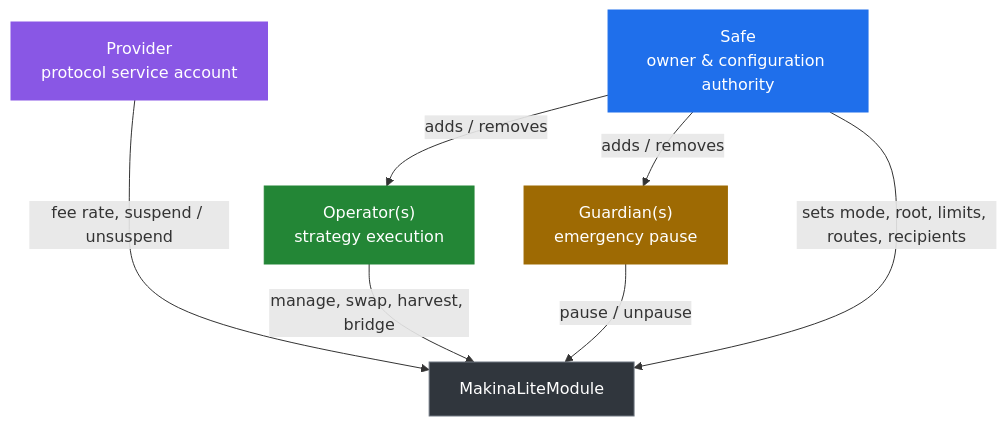
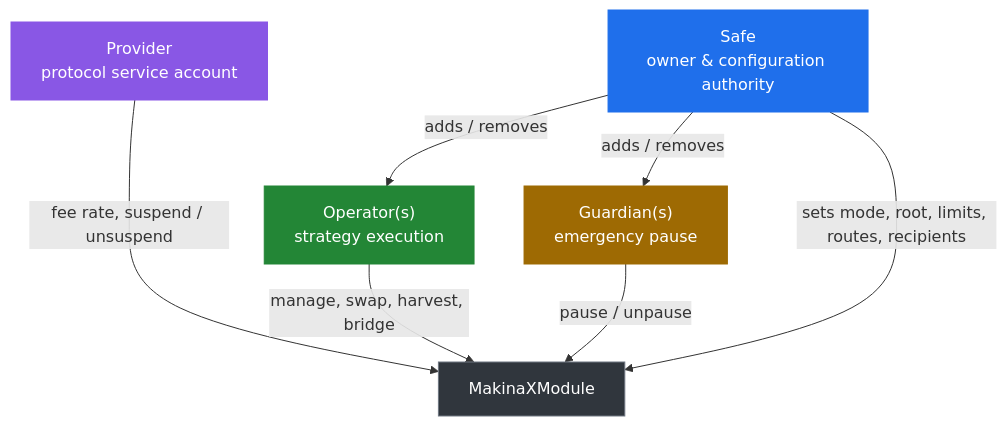
One commit to MakinaHQ/x-docs changed the diagram in src/pages/concepts/permissions-and-governance.md. Above: the diagram before and after it, drawn with Mermaid. The commit also changed other lines of this file and 57 other files, not shown here.

````diff
--- a/src/pages/concepts/permissions-and-governance.md
+++ b/src/pages/concepts/permissions-and-governance.md
@@ -14,22 +14,22 @@
 ```mermaid
 flowchart TB
     Provider["Provider<br/>protocol service account"]:::prov
     Safe["Safe<br/>owner &amp; configuration authority"]:::safe
     Operator["Operator(s)<br/>strategy execution"]:::op
     Guardian["Guardian(s)<br/>emergency pause"]:::guard
 
-    Provider -- "fee rate, suspend / unsuspend" --> Module["MakinaLiteModule"]:::core
+    Provider -- "fee rate, suspend / unsuspend" --> Module["MakinaXModule"]:::core
     Safe -- "adds / removes" --> Operator
     Safe -- "adds / removes" --> Guardian
     Safe -- "sets mode, root, limits, routes, recipients" --> Module
     Operator -- "manage, swap, harvest, bridge" --> Module
     Guardian -- "pause / unpause" --> Module
 
     Provider ~~~ Guardian
 
     classDef safe fill:#1f6feb,stroke:#1f6feb,color:#fff;
     classDef prov fill:#8957e5,stroke:#8957e5,color:#fff;
     classDef op fill:#238636,stroke:#238636,color:#fff;
     classDef guard fill:#9e6a03,stroke:#9e6a03,color:#fff;
     classDef core fill:#30363d,stroke:#6e7681,color:#fff;
 ```
````
